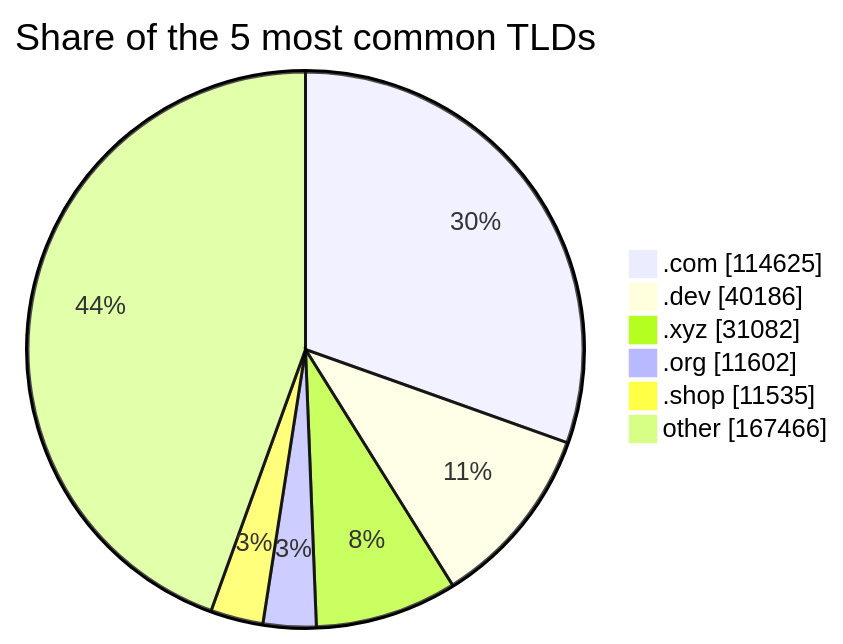
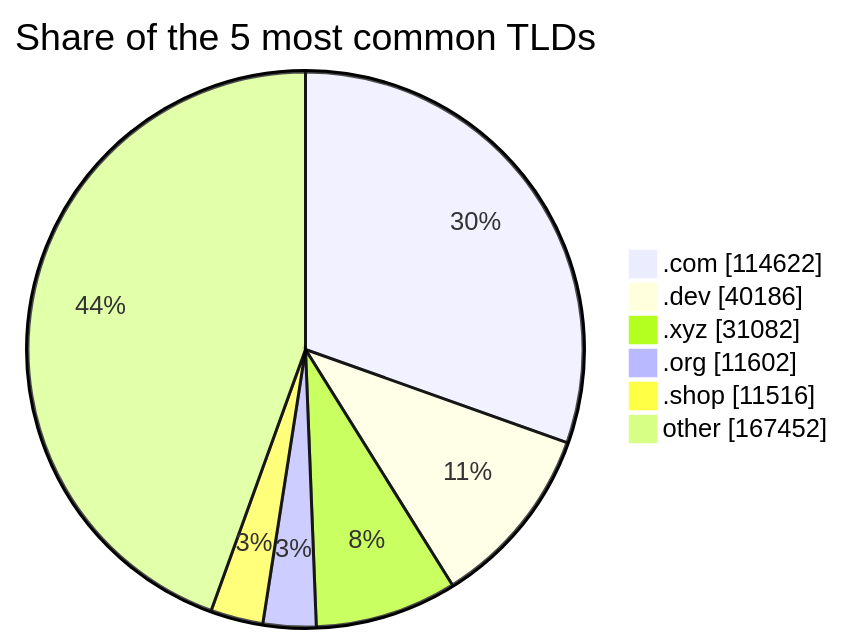
Before and after one commit to DNSBunker/CTI: the third of 3 diagrams in README.md, drawn with Mermaid. The commit also changed other lines of this file and 3 other files, not shown here.

````diff
--- a/README.md
+++ b/README.md
@@ -81,9 +81,9 @@
 ```mermaid
 pie showData title Share of the 5 most common TLDs
-    ".com" : 114625
+    ".com" : 114622
     ".dev" : 40186
     ".xyz" : 31082
     ".org" : 11602
-    ".shop" : 11535
-    "other" : 167466
+    ".shop" : 11516
+    "other" : 167452
 ```
````
